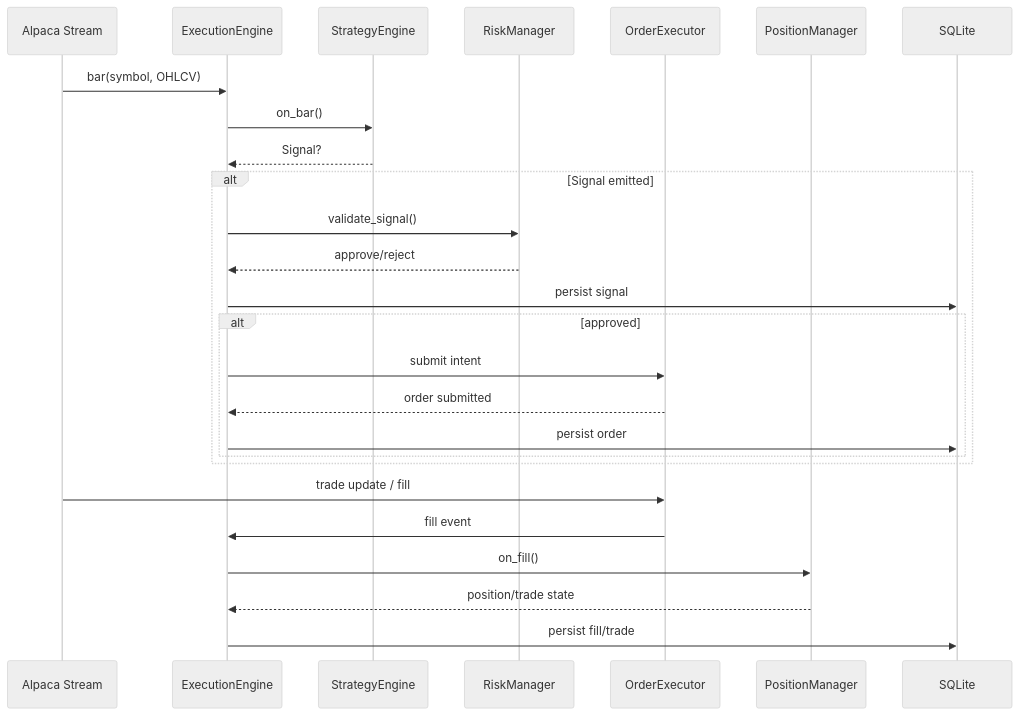
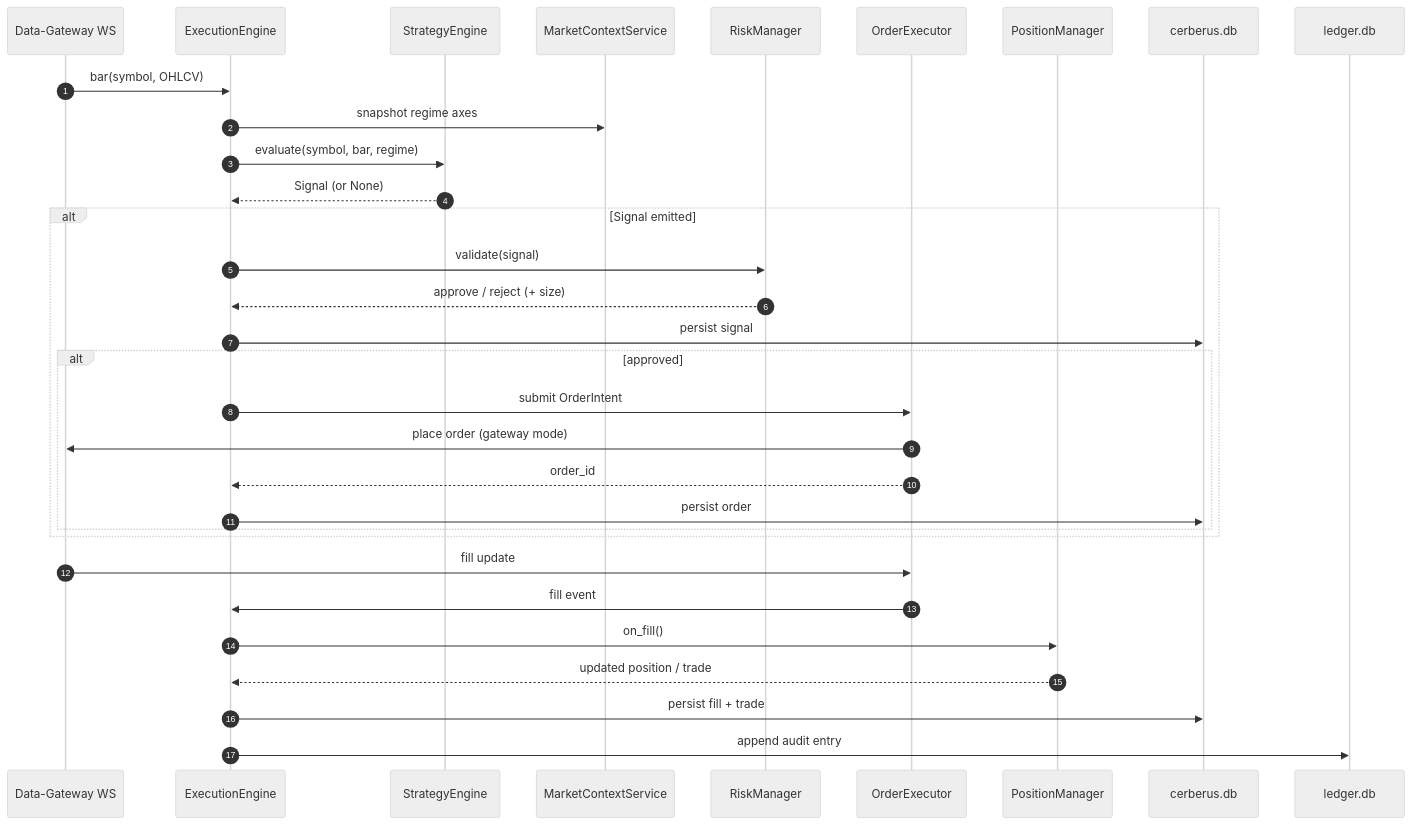
The second of 9 diagrams in docs/ARCHITECTURE.md (JasperDale420/Cerberus), drawn with Mermaid (neutral theme) before and after one commit. The commit also changed other lines of this file and 12 other files, not shown here.

````diff
--- a/docs/ARCHITECTURE.md
+++ b/docs/ARCHITECTURE.md
@@ -45,29 +75,35 @@
 ```mermaid
 sequenceDiagram
-  participant Feed as Alpaca Stream
-  participant Eng as ExecutionEngine
-  participant Strat as StrategyEngine
-  participant Risk as RiskManager
-  participant Ord as OrderExecutor
-  participant Pos as PositionManager
-  participant DB as SQLite
+    autonumber
+    participant GW as Data-Gateway WS
+    participant Eng as ExecutionEngine
+    participant Strat as StrategyEngine
+    participant Reg as MarketContextService
+    participant Risk as RiskManager
+    participant Ord as OrderExecutor
+    participant Pos as PositionManager
+    participant DB as cerberus.db
+    participant L as ledger.db
 
-  Feed->>Eng: bar(symbol, OHLCV)
-  Eng->>Strat: on_bar()
-  Strat-->>Eng: Signal?
-  alt Signal emitted
-    Eng->>Risk: validate_signal()
-    Risk-->>Eng: approve/reject
-    Eng->>DB: persist signal
-    alt approved
-      Eng->>Ord: submit intent
-      Ord-->>Eng: order submitted
-      Eng->>DB: persist order
+    GW->>Eng: bar(symbol, OHLCV)
+    Eng->>Reg: snapshot regime axes
+    Eng->>Strat: evaluate(symbol, bar, regime)
+    Strat-->>Eng: Signal (or None)
+    alt Signal emitted
+        Eng->>Risk: validate(signal)
+        Risk-->>Eng: approve / reject (+ size)
+        Eng->>DB: persist signal
+        alt approved
+            Eng->>Ord: submit OrderIntent
+            Ord->>GW: place order (gateway mode)
+            Ord-->>Eng: order_id
+            Eng->>DB: persist order
+        end
     end
-  end
-  Feed->>Ord: trade update / fill
-  Ord->>Eng: fill event
-  Eng->>Pos: on_fill()
-  Pos-->>Eng: position/trade state
-  Eng->>DB: persist fill/trade
+    GW->>Ord: fill update
+    Ord->>Eng: fill event
+    Eng->>Pos: on_fill()
+    Pos-->>Eng: updated position / trade
+    Eng->>DB: persist fill + trade
+    Eng->>L: append audit entry
 ```
````
